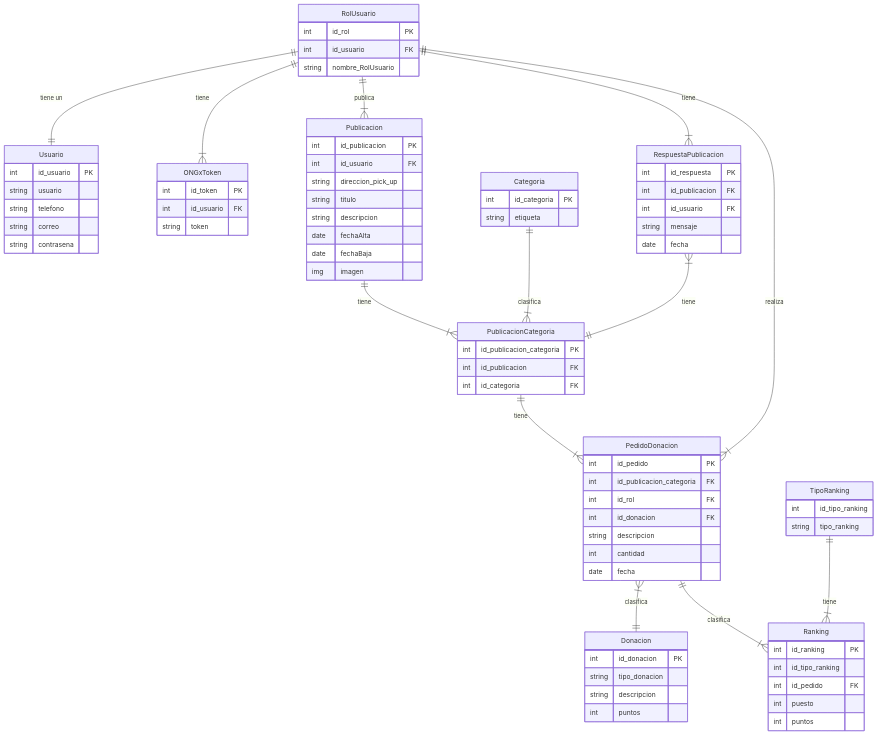
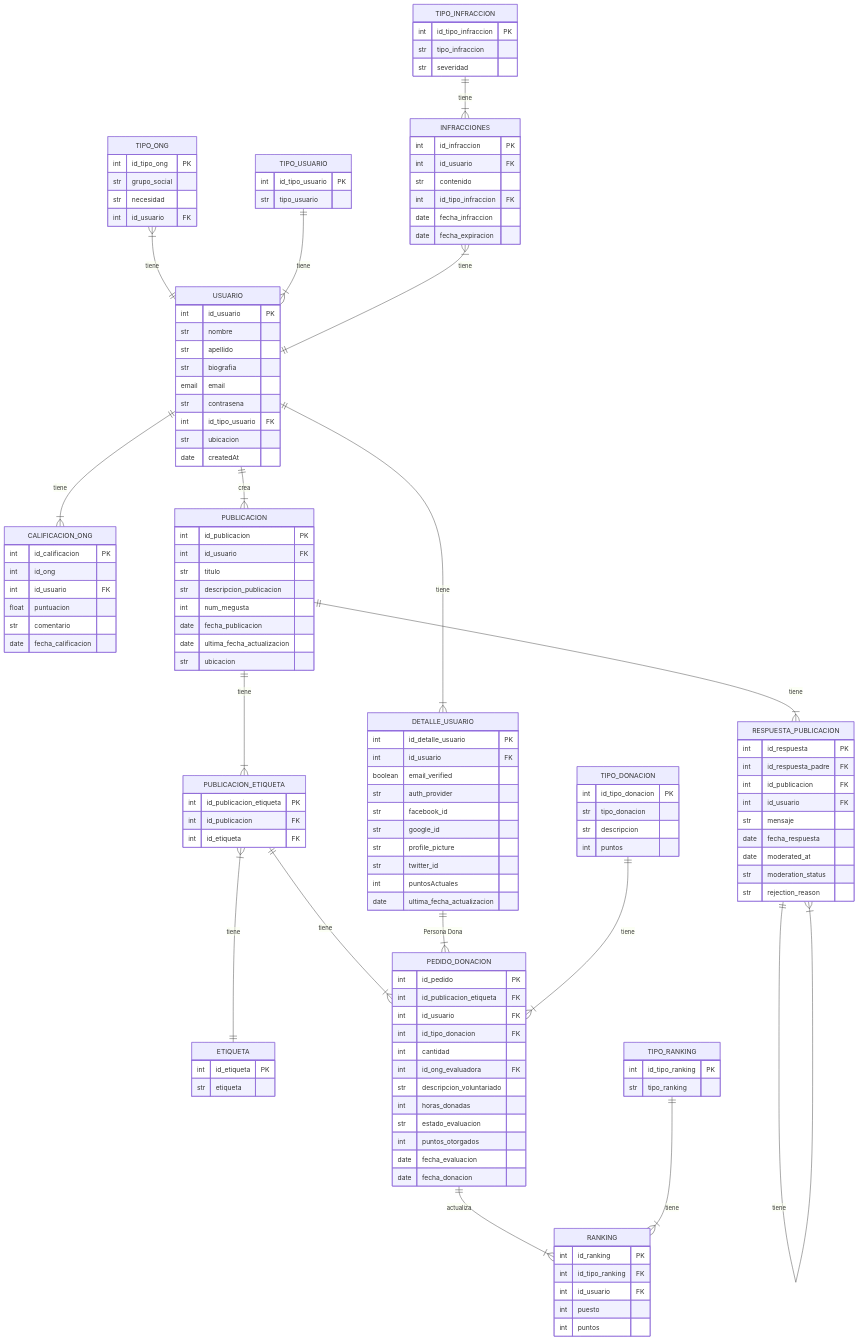
Before and after one commit to SantiagoSalvay/ProyectoFinalFAT: the diagram in diagramas/ERdiagram.mmd, drawn with Mermaid. The commit also changed 11 other files, not shown here.

```diff
--- a/diagramas/ERdiagram.mmd
+++ b/diagramas/ERdiagram.mmd
@@ -1,85 +1,140 @@
 erDiagram
 
-    RolUsuario{
-        int id_rol PK
-        int id_usuario FK
-        string nombre_RolUsuario
+    TIPO_ONG }|--|| USUARIO: tiene
+    TIPO_USUARIO ||--|{USUARIO: tiene
+    USUARIO ||--|{ CALIFICACION_ONG: tiene
+    USUARIO ||--|{ DETALLE_USUARIO: tiene
+    USUARIO ||--|{ PUBLICACION: crea
+    INFRACCIONES }|--|| USUARIO: tiene
+    TIPO_INFRACCION ||--|{ INFRACCIONES: tiene
+
+    PUBLICACION||--|{PUBLICACION_ETIQUETA: tiene
+    PUBLICACION_ETIQUETA }|--|| ETIQUETA: tiene
+    PUBLICACION ||--|{ RESPUESTA_PUBLICACION: tiene
+    RESPUESTA_PUBLICACION ||--|{ RESPUESTA_PUBLICACION : tiene
+
+
+    PUBLICACION_ETIQUETA ||--|{ PEDIDO_DONACION: tiene
+    DETALLE_USUARIO ||--|{ PEDIDO_DONACION: "Persona Dona"
+    TIPO_DONACION ||--|{ PEDIDO_DONACION: tiene
+
+    PEDIDO_DONACION ||--|{ RANKING: actualiza
+    TIPO_RANKING ||--|{RANKING: tiene
+
+    ETIQUETA{
+        int id_etiqueta PK
+        str etiqueta
     }
-    Usuario{
-        int id_usuario PK
-        string usuario
-        string telefono
-        string correo
-        string contrasena
-    }
-    ONGxToken{
-        int id_token PK
-        int id_usuario FK
-        string token
-    }
-    Ranking{
-        int id_ranking PK
-        int id_tipo_ranking
-        int id_pedido FK
-        int puesto
+    TIPO_DONACION{
+        int id_tipo_donacion PK
+        str tipo_donacion
+        str descripcion 
         int puntos
     }
-    TipoRanking{
-        int id_tipo_ranking
-        string tipo_ranking
+    PUBLICACION{
+        int id_publicacion PK
+        int id_usuario FK
+        str titulo
+        str descripcion_publicacion
+        int num_megusta
+        date fecha_publicacion
+        date ultima_fecha_actualizacion
+        str ubicacion 
     }
-    Donacion {
-        int id_donacion PK
-        string tipo_donacion
-        string descripcion
+    PUBLICACION_ETIQUETA{
+        int id_publicacion_etiqueta PK
+        int id_publicacion FK
+        int id_etiqueta FK
+    }
+    INFRACCIONES{
+        int id_infraccion PK
+        int id_usuario FK
+        str contenido 
+        int id_tipo_infraccion FK
+        date fecha_infraccion
+        date fecha_expiracion
+    }
+    TIPO_INFRACCION{
+        int id_tipo_infraccion PK
+        str tipo_infraccion
+        str severidad
+    }
+    CALIFICACION_ONG{
+        int id_calificacion PK
+        int id_ong 
+        int id_usuario FK
+        float puntuacion
+        str comentario
+        date fecha_calificacion
+    }
+    PEDIDO_DONACION{
+        int id_pedido PK
+        int id_publicacion_etiqueta FK
+        int id_usuario FK
+        int id_tipo_donacion FK
+        int cantidad
+
+        int id_ong_evaluadora FK       
+        str descripcion_voluntariado      
+        int horas_donadas                   
+        str estado_evaluacion              
+        int puntos_otorgados               
+        date fecha_evaluacion
+        date fecha_donacion
+    }
+    RANKING{
+        int id_ranking PK
+        int id_tipo_ranking FK
+        int id_usuario FK
+        int puesto 
         int puntos
     }
-    Publicacion {
-        int id_publicacion PK
-        int id_usuario FK
-        string direccion_pick_up
-        string titulo
-        string descripcion
-        date fechaAlta
-        date fechaBaja
-        img imagen
-    }
-    Categoria {
-        int id_categoria PK
-        string etiqueta
-    }
-    PublicacionCategoria {
-        int id_publicacion_categoria PK
-        int id_publicacion FK
-        int id_categoria FK
-    }
-    RespuestaPublicacion {
+    RESPUESTA_PUBLICACION{
         int id_respuesta PK
+        int id_respuesta_padre FK
         int id_publicacion FK
         int id_usuario FK
-        string mensaje
-        date fecha
+        str mensaje
+        date fecha_respuesta
+        date moderated_at
+        str moderation_status
+        str rejection_reason
+
     }
-    PedidoDonacion {
-        int id_pedido PK
-        int id_publicacion_categoria FK
-        int id_rol FK
-        int id_donacion FK
-        string descripcion
-        int cantidad
-        date fecha
+    TIPO_ONG{
+        int id_tipo_ong PK
+        str grupo_social
+        str necesidad
+        int id_usuario FK
     }
-
-    
-    RolUsuario ||--|{ ONGxToken: tiene
-    RolUsuario ||-- || Usuario: "tiene un"
-    RolUsuario ||--|{ Publicacion : publica
-    Publicacion ||--|{ PublicacionCategoria : tiene
-    Categoria ||--|{ PublicacionCategoria : clasifica
-    PublicacionCategoria ||--|{ PedidoDonacion : tiene
-    RespuestaPublicacion }|--|| PublicacionCategoria : tiene
-    RolUsuario ||--|{ RespuestaPublicacion: tiene
-    RolUsuario ||--|{ PedidoDonacion : realiza
-    PedidoDonacion }|--|| Donacion : clasifica
-    PedidoDonacion ||--|{ Ranking : clasifica
-    TipoRanking ||--|{Ranking: tiene
+    TIPO_RANKING{
+        int id_tipo_ranking PK
+        str tipo_ranking
+    }
+    TIPO_USUARIO{
+        int id_tipo_usuario PK
+        str tipo_usuario
+    }
+    DETALLE_USUARIO{
+        int id_detalle_usuario PK
+        int id_usuario FK
+        boolean email_verified
+        str auth_provider 
+        str facebook_id
+        str google_id
+        str profile_picture
+        str twitter_id
+        int puntosActuales
+        date ultima_fecha_actualizacion
+    }
+    USUARIO{
+        int id_usuario PK
+        str nombre
+        str apellido
+        str biografia
+        email email
+        str contrasena
+        int id_tipo_usuario FK
+        str ubicacion
+        date createdAt
+    }
```
